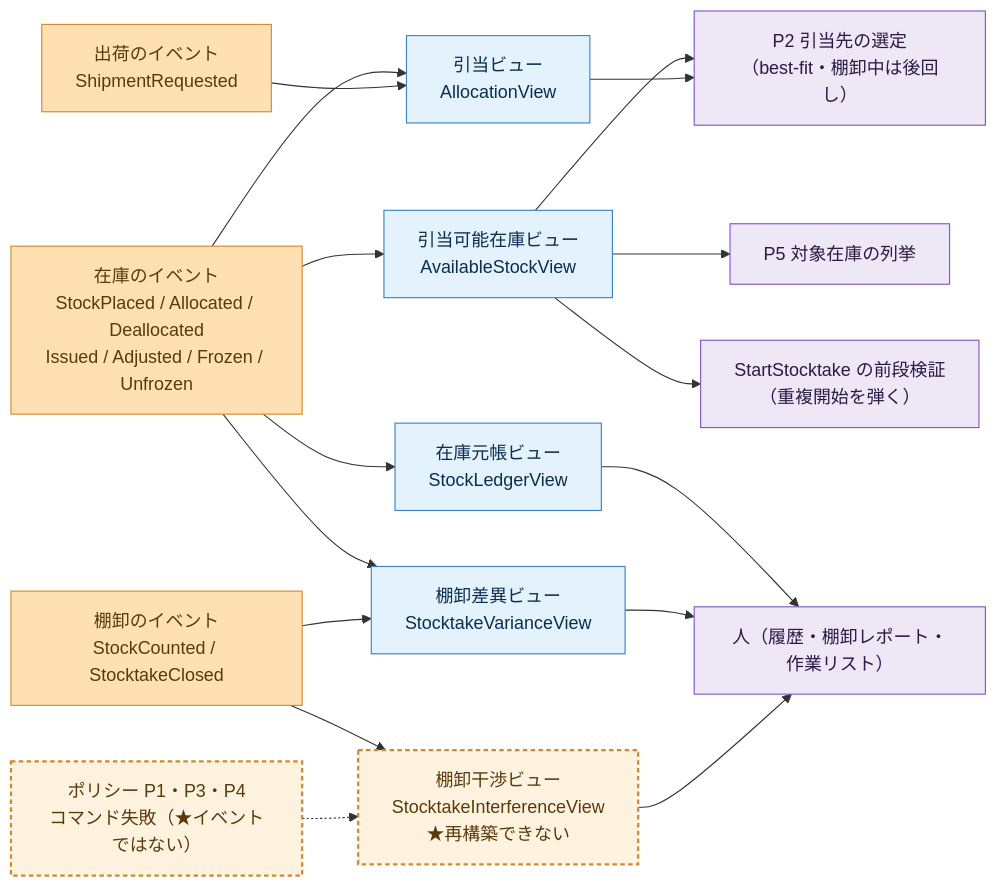
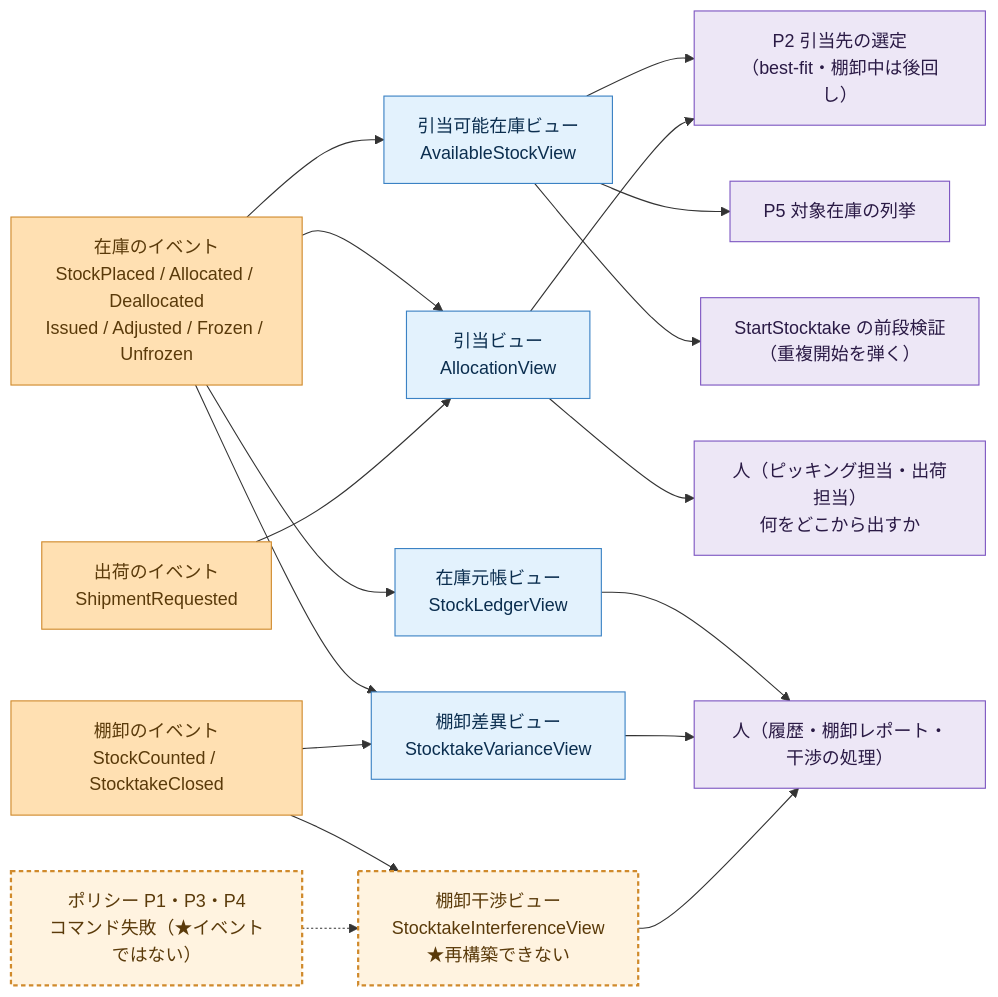
The fourth of 4 diagrams in docs/tactical-design.md (nenokido2000/event-sourcing-handson), drawn with Mermaid before and after one commit. The commit also changed other lines of this file and 1 other file, not shown here.

````diff
--- a/docs/tactical-design.md
+++ b/docs/tactical-design.md
@@ -1453,40 +1461,42 @@
 ```mermaid
 graph LR
     classDef ev fill:#ffe0b2,stroke:#d08a2c,color:#5a3a0a;
     classDef view fill:#e3f2fd,stroke:#3b82c4,color:#0b2e4f;
     classDef odd fill:#fff3e0,stroke:#d08a2c,color:#5a3a0a,stroke-width:2px,stroke-dasharray:4 3;
     classDef reader fill:#ede7f6,stroke:#7e57c2,color:#2a1a45;
 
     EINV["在庫のイベント<br/>StockPlaced / Allocated / Deallocated<br/>Issued / Adjusted / Frozen / Unfrozen"]:::ev
     ESHP["出荷のイベント<br/>ShipmentRequested"]:::ev
     ESTK["棚卸のイベント<br/>StockCounted / StocktakeClosed"]:::ev
     FAIL["ポリシー P1・P3・P4<br/>コマンド失敗（★イベントではない）"]:::odd
 
     V1["引当可能在庫ビュー<br/>AvailableStockView"]:::view
     V2["引当ビュー<br/>AllocationView"]:::view
     V3["在庫元帳ビュー<br/>StockLedgerView"]:::view
     V4["棚卸差異ビュー<br/>StocktakeVarianceView"]:::view
     V5["棚卸干渉ビュー<br/>StocktakeInterferenceView<br/>★再構築できない"]:::odd
 
     R1["P2 引当先の選定<br/>（best-fit・棚卸中は後回し）"]:::reader
     R2["P5 対象在庫の列挙"]:::reader
     R3["StartStocktake の前段検証<br/>（重複開始を弾く）"]:::reader
-    R4["人（履歴・棚卸レポート・作業リスト）"]:::reader
+    R4["人（履歴・棚卸レポート・干渉の処理）"]:::reader
+    R5["人（ピッキング担当・出荷担当）<br/>何をどこから出すか"]:::reader
 
     EINV --> V1
     EINV --> V2
     EINV --> V3
     EINV --> V4
     ESHP --> V2
     ESTK --> V4
     ESTK --> V5
     FAIL -.-> V5
 
     V1 --> R1
     V1 --> R2
     V1 --> R3
     V2 --> R1
+    V2 --> R5
     V3 --> R4
     V4 --> R4
     V5 --> R4
 ```
````
